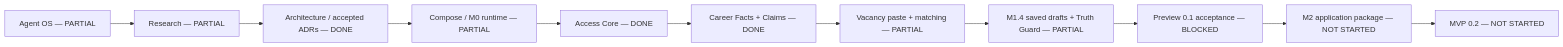
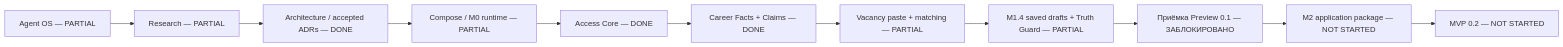
The first of 3 diagrams in docs/00-Home/PROJECT-STATE-AUDIT-2026-10-03.md (filatelist-hitech/CVortex), drawn with Mermaid before and after one commit. The commit also changed other lines of this file and 42 other files, not shown here.

````diff
--- a/docs/00-Home/PROJECT-STATE-AUDIT-2026-10-03.md
+++ b/docs/00-Home/PROJECT-STATE-AUDIT-2026-10-03.md
@@ -309,13 +309,13 @@
 ```mermaid
 flowchart LR
     A[Agent OS — PARTIAL] --> B[Research — PARTIAL]
     B --> C[Architecture / accepted ADRs — DONE]
     C --> D[Compose / M0 runtime — PARTIAL]
     D --> E[Access Core — DONE]
     E --> F[Career Facts + Claims — DONE]
     F --> G[Vacancy paste + matching — PARTIAL]
     G --> H[M1.4 saved drafts + Truth Guard — PARTIAL]
-    H --> I[Preview 0.1 acceptance — BLOCKED]
+    H --> I[Приёмка Preview 0.1 — ЗАБЛОКИРОВАНО]
     I --> J[M2 application package — NOT STARTED]
     J --> K[MVP 0.2 — NOT STARTED]
 ```
````
